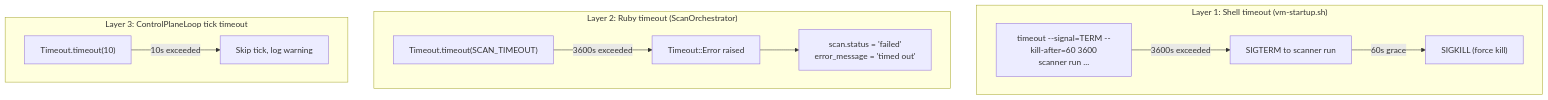
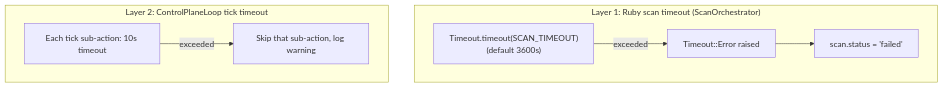
One commit to Peregrine-Technology-Systems/peregrine-penetrator-scanner changed diagram 11 of 11 in docs/ARCHITECTURE.md. Above: the diagram before and after it, drawn with Mermaid. The commit also changed other lines of this file and 8 other files, not shown here.

First line of the commit message:
fix: dead NotificationService call crashed non-smoke scans; refresh architecture docs (#1077, #1076)

````diff
--- a/docs/ARCHITECTURE.md
+++ b/docs/ARCHITECTURE.md
@@ -957,19 +488,13 @@
 ```mermaid
 flowchart TD
-    subgraph "Layer 1: Shell timeout (vm-startup.sh)"
-        ST["timeout --signal=TERM --kill-after=60 3600<br/>scanner run ..."]
-        ST -->|"3600s exceeded"| TERM["SIGTERM to scanner run"]
-        TERM -->|"60s grace"| KILL["SIGKILL (force kill)"]
+    subgraph "Layer 1: Ruby scan timeout (ScanOrchestrator)"
+        RT["Timeout.timeout(SCAN_TIMEOUT)<br/>(default 3600s)"]
+        RT -->|"exceeded"| Raise["Timeout::Error raised"]
+        Raise --> Mark["scan.status = 'failed'"]
     end
 
-    subgraph "Layer 2: Ruby timeout (ScanOrchestrator)"
-        RT["Timeout.timeout(SCAN_TIMEOUT)"]
-        RT -->|"3600s exceeded"| Raise["Timeout::Error raised"]
-        Raise --> Mark["scan.status = 'failed'<br/>error_message = 'timed out'"]
-    end
-
-    subgraph "Layer 3: ControlPlaneLoop tick timeout"
-        TT["Timeout.timeout(10)"]
-        TT -->|"10s exceeded"| SkipTick["Skip tick, log warning"]
+    subgraph "Layer 2: ControlPlaneLoop tick timeout"
+        TT["Each tick sub-action: 10s timeout"]
+        TT -->|"exceeded"| SkipTick["Skip that sub-action, log warning"]
     end
 ```
````
